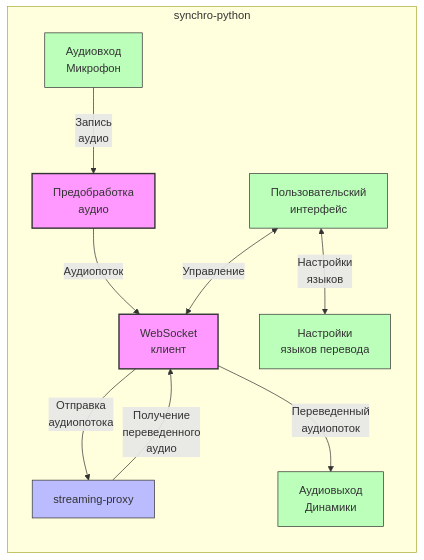
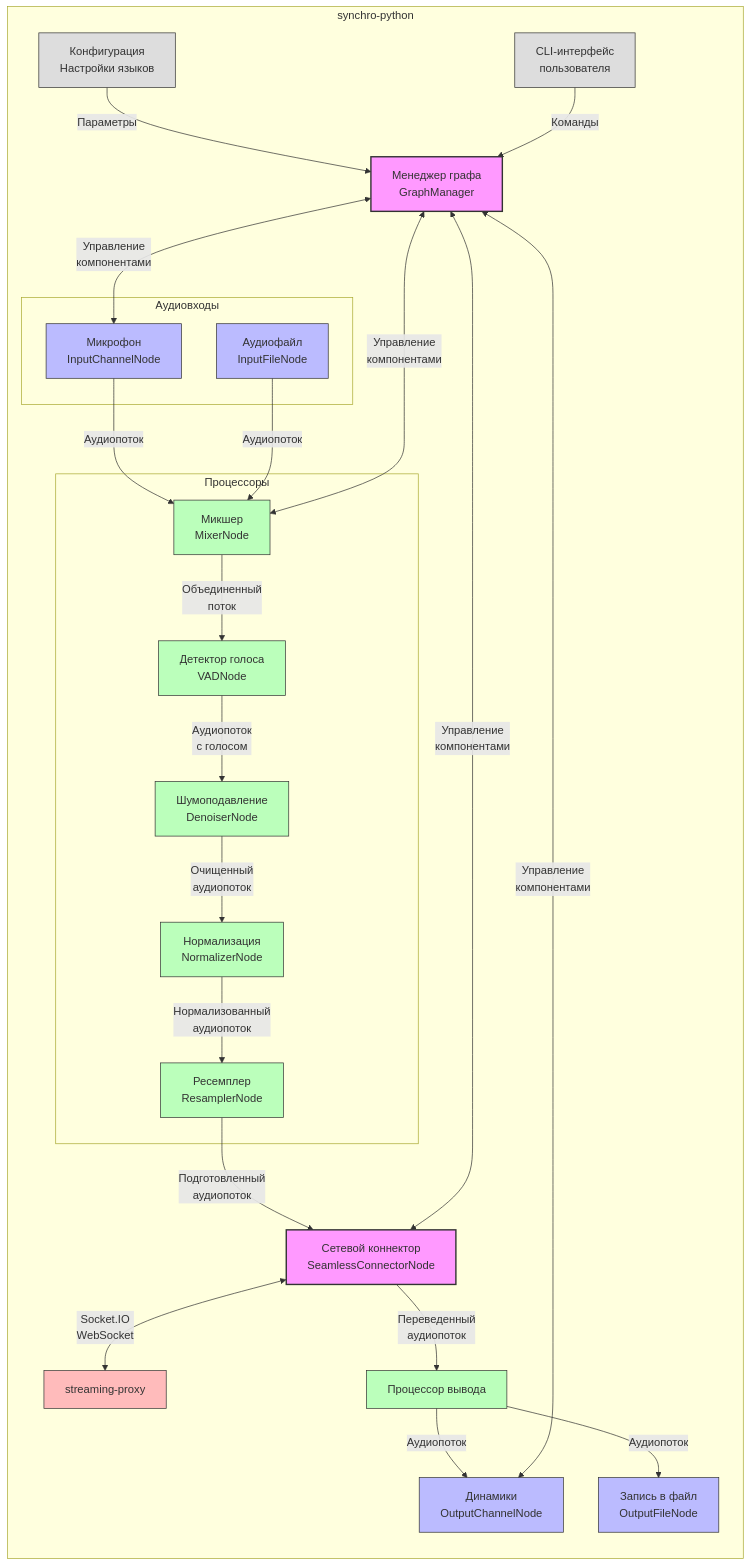
One commit to aineurostream/docs changed the second of 7 diagrams in services_documentation.md. Above: the diagram before and after it, drawn with Mermaid. The commit also changed other lines of this file and 2 other files, not shown here.

````diff
--- a/services_documentation.md
+++ b/services_documentation.md
@@ -49,25 +49,56 @@
 ```mermaid
 flowchart TB
     subgraph "synchro-python"
         direction TB
         
-        AudioInput["Аудиовход<br>Микрофон"] -->|"Запись<br>аудио"| AudioPreprocess["Предобработка<br>аудио"]
-        AudioPreprocess -->|"Аудиопоток"| WebsocketClient["WebSocket<br>клиент"]
+        subgraph "Аудиовходы"
+            InputChannel["Микрофон<br>InputChannelNode"] 
+            InputFile["Аудиофайл<br>InputFileNode"]
+        end
         
-        WebsocketClient -->|"Отправка<br>аудиопотока"| StreamingProxy["streaming-proxy"]
-        StreamingProxy -->|"Получение<br>переведенного<br>аудио"| WebsocketClient
+        subgraph "Процессоры"
+            VADNode["Детектор голоса<br>VADNode"]
+            DenoiserNode["Шумоподавление<br>DenoiserNode"]
+            NormalizerNode["Нормализация<br>NormalizerNode"]
+            ResamplerNode["Ресемплер<br>ResamplerNode"]
+            MixerNode["Микшер<br>MixerNode"]
+        end
         
-        WebsocketClient -->|"Переведенный<br>аудиопоток"| AudioOutput["Аудиовыход<br>Динамики"]
+        InputChannel -->|"Аудиопоток"| MixerNode
+        InputFile -->|"Аудиопоток"| MixerNode
         
-        UserInterface["Пользовательский<br>интерфейс"] <-->|"Управление"| WebsocketClient
-        UserInterface <-->|"Настройки<br>языков"| LanguageSettings["Настройки<br>языков перевода"]
+        MixerNode -->|"Объединенный<br>поток"| VADNode
+        VADNode -->|"Аудиопоток<br>с голосом"| DenoiserNode
+        DenoiserNode -->|"Очищенный<br>аудиопоток"| NormalizerNode
+        NormalizerNode -->|"Нормализованный<br>аудиопоток"| ResamplerNode
+        
+        ResamplerNode -->|"Подготовленный<br>аудиопоток"| ConnectorNode["Сетевой коннектор<br>SeamlessConnectorNode"]
+        
+        ConnectorNode <-->|"Socket.IO<br>WebSocket"| StreamingProxy["streaming-proxy"]
+        
+        ConnectorNode -->|"Переведенный<br>аудиопоток"| OutputProcessor["Процессор вывода"]
+        
+        OutputProcessor -->|"Аудиопоток"| OutputChannel["Динамики<br>OutputChannelNode"]
+        OutputProcessor -->|"Аудиопоток"| OutputFile["Запись в файл<br>OutputFileNode"]
+        
+        GraphManager["Менеджер графа<br>GraphManager"] <-->|"Управление<br>компонентами"| ConnectorNode
+        GraphManager <-->|"Управление<br>компонентами"| MixerNode
+        GraphManager <-->|"Управление<br>компонентами"| InputChannel
+        GraphManager <-->|"Управление<br>компонентами"| OutputChannel
+        
+        ConfigManager["Конфигурация<br>Настройки языков"] -->|"Параметры"| GraphManager
+        UserInterface["CLI-интерфейс<br>пользователя"] -->|"Команды"| GraphManager
     end
     
     classDef core fill:#f9f,stroke:#333,stroke-width:2px;
-    classDef io fill:#bfb,stroke:#333,stroke-width:1px;
-    classDef external fill:#bbf,stroke:#333,stroke-width:1px;
+    classDef processor fill:#bfb,stroke:#333,stroke-width:1px;
+    classDef io fill:#bbf,stroke:#333,stroke-width:1px;
+    classDef manager fill:#ddd,stroke:#333,stroke-width:1px;
+    classDef external fill:#fbb,stroke:#333,stroke-width:1px;
     
-    class WebsocketClient,AudioPreprocess core;
-    class AudioInput,AudioOutput,UserInterface,LanguageSettings io;
+    class ConnectorNode,GraphManager core;
+    class VADNode,DenoiserNode,NormalizerNode,ResamplerNode,MixerNode,OutputProcessor processor;
+    class InputChannel,InputFile,OutputChannel,OutputFile io;
+    class ConfigManager,UserInterface manager;
     class StreamingProxy external;
 ```
````
